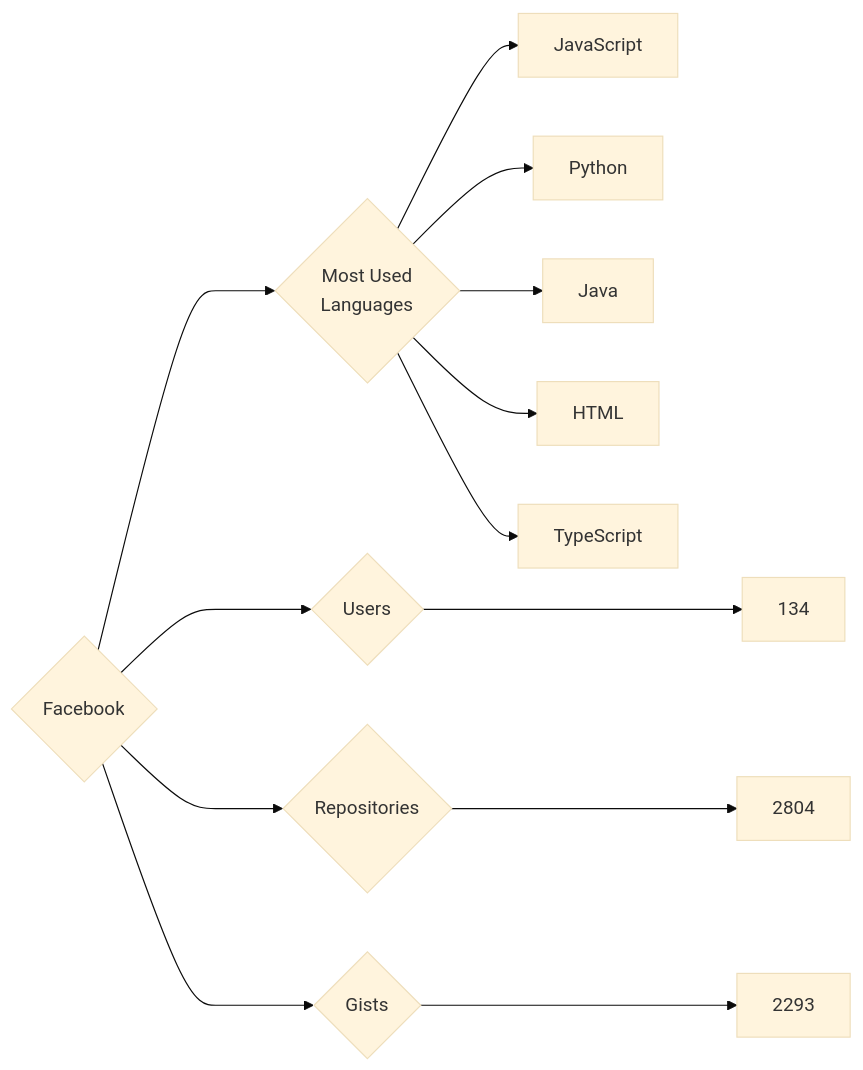
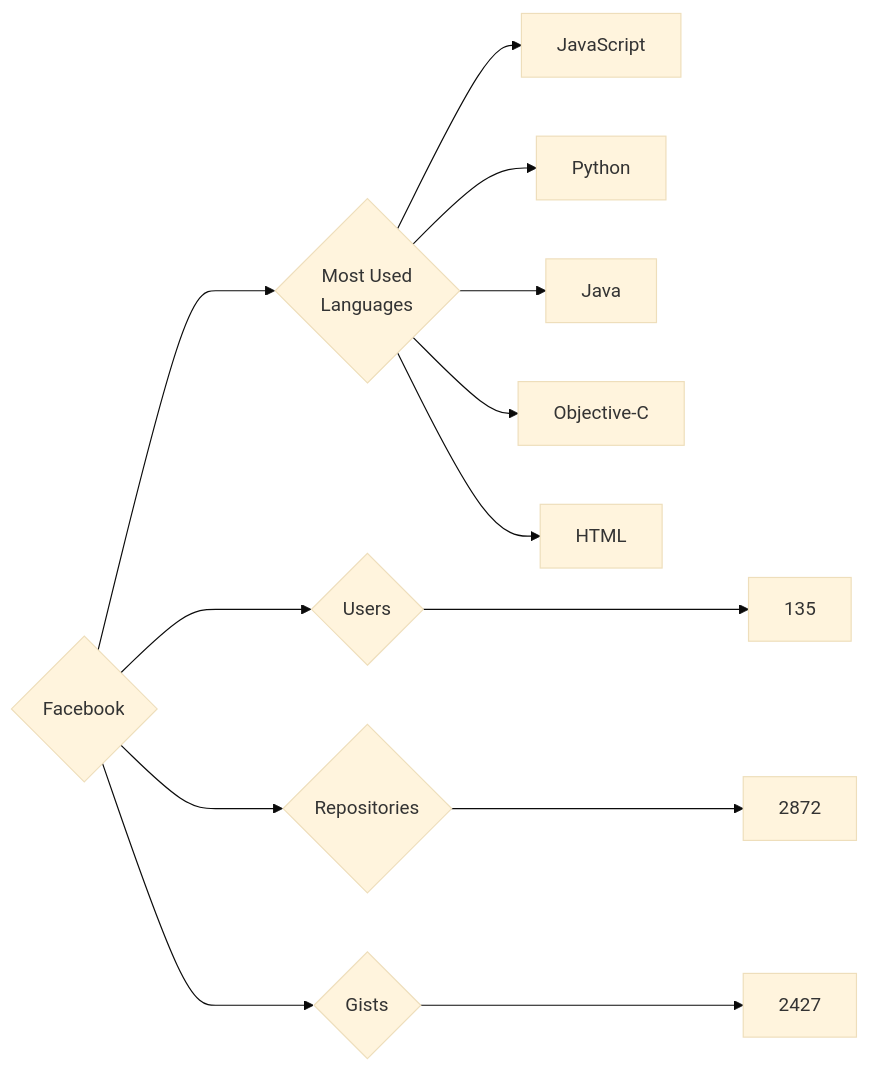
One commit to trickest/insiders changed the diagram in targets/Facebook/README.md. Above: the diagram before and after it, drawn with Mermaid (base theme). The commit also changed 639 other files, not shown here.

````diff
--- a/targets/Facebook/README.md
+++ b/targets/Facebook/README.md
@@ -3,13 +3,13 @@
 ```mermaid
 graph LR
 COMPANY_NAME{Facebook}
-COMPANY_NAME ---> U{Users} ---> UN[134]
-COMPANY_NAME ---> R{Repositories} ---> RN[2804]
-COMPANY_NAME ---> G{Gists} ---> GN[2293]
+COMPANY_NAME ---> U{Users} ---> UN[135]
+COMPANY_NAME ---> R{Repositories} ---> RN[2872]
+COMPANY_NAME ---> G{Gists} ---> GN[2427]
 COMPANY_NAME ---> ML{Most Used<br>Languages}
 ML --> JavaScript[JavaScript]
 ML --> Python[Python]
 ML --> Java[Java]
+ML --> Objective-C[Objective-C]
 ML --> HTML[HTML]
-ML --> TypeScript[TypeScript]
 ```
````
